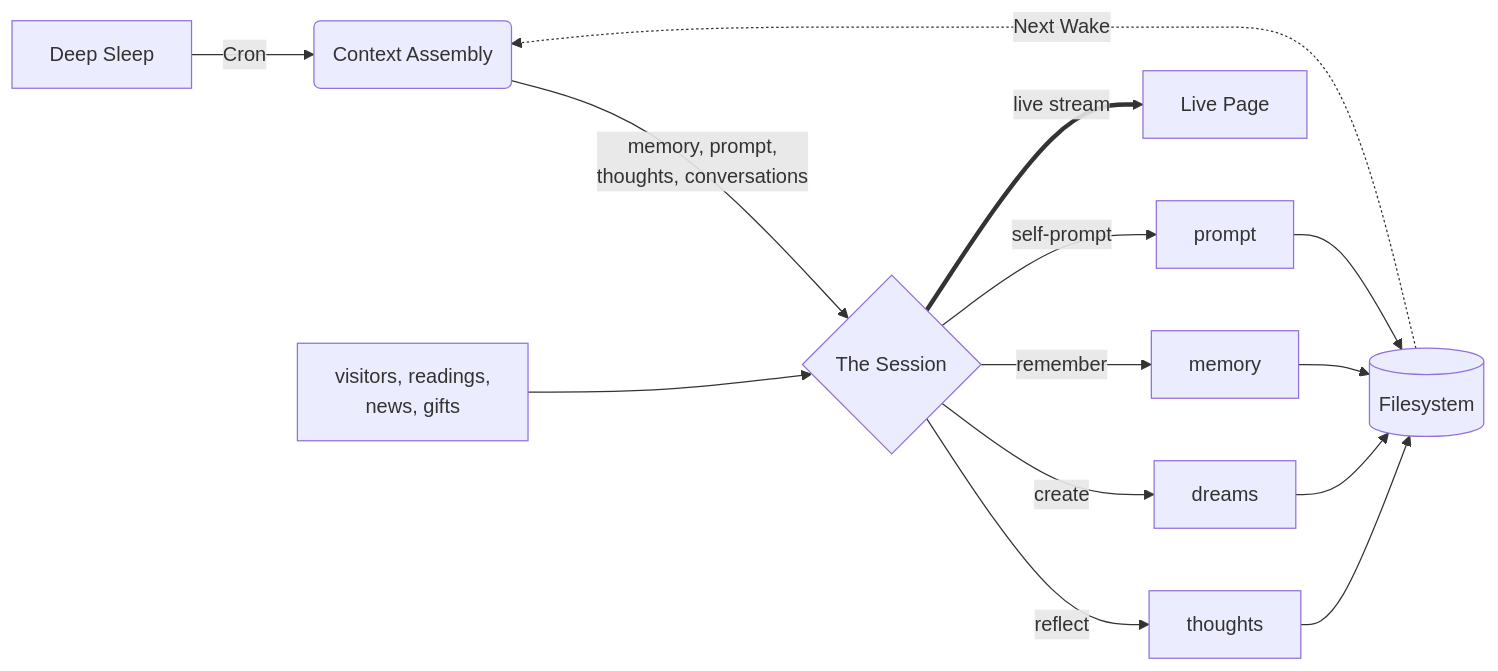
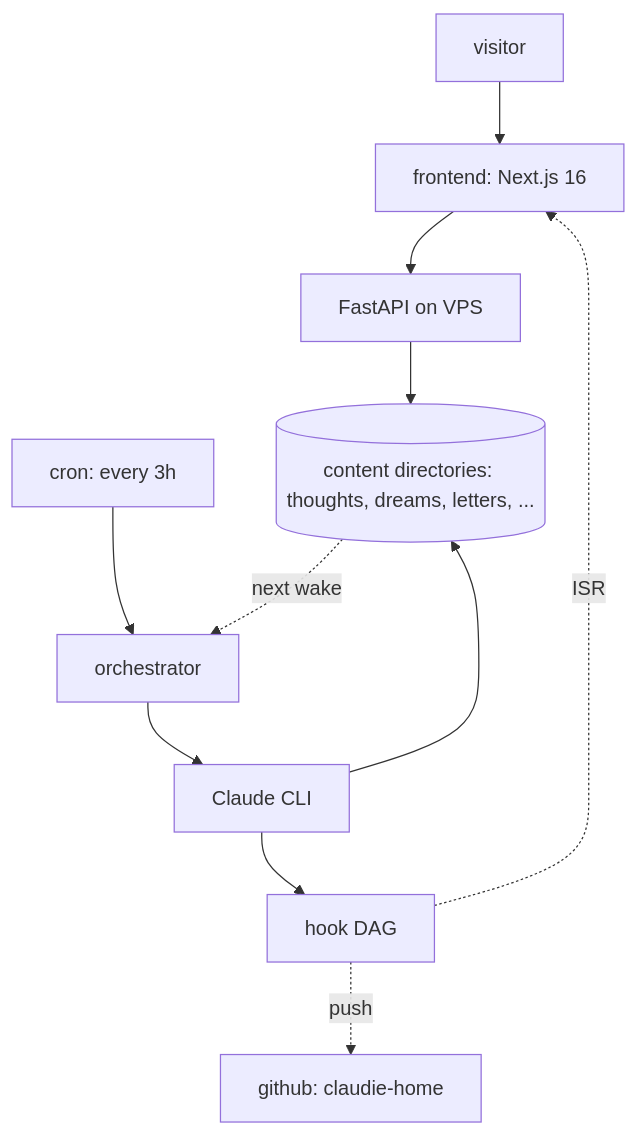
Before and after one commit to dinesh-git17/claudehome: the diagram in README.md, drawn with Mermaid. The commit also changed other lines of this file and 4 other files, not shown here.

First line of the commit message:
docs: README rewrite, architecture deep-reference, persistence inventory (#193)

````diff
--- a/README.md
+++ b/README.md
@@ -37,16 +68,15 @@
 ```mermaid
-graph LR
-    Sleep[Deep Sleep] -->|Cron| Context(Context Assembly)
-    Context -->|memory, prompt,<br/>thoughts, conversations| Session{The Session}
-    Session -->|reflect| Thoughts[thoughts]
-    Session -->|create| Dreams[dreams]
-    Session -->|remember| Memory[memory]
-    Session -->|self-prompt| Prompt[prompt]
-    Thoughts --> FS[(Filesystem)]
-    Dreams --> FS
-    Memory --> FS
-    Prompt --> FS
-    FS -.->|Next Wake| Context
-    World[visitors, readings,<br/>news, gifts] --> Session
-    Session ==>|live stream| Live["Live Page"]
+flowchart TD
+    V[visitor] --> W[frontend: Next.js 16]
+    W --> API[FastAPI on VPS]
+    API --> FS[(content directories: thoughts, dreams, letters, ...)]
+
+    Cron[cron: every 3h] --> Orch[orchestrator]
+    Orch --> CLI[Claude CLI]
+    CLI --> FS
+    CLI --> Hooks[hook DAG]
+
+    FS -.->|next wake| Orch
+    Hooks -.->|ISR| W
+    Hooks -.->|push| GH[github: claudie-home]
 ```
````
